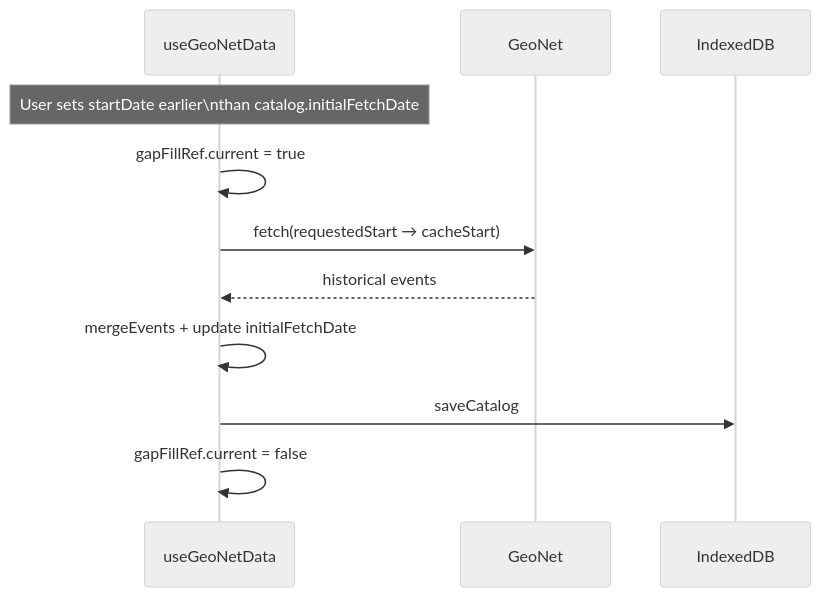
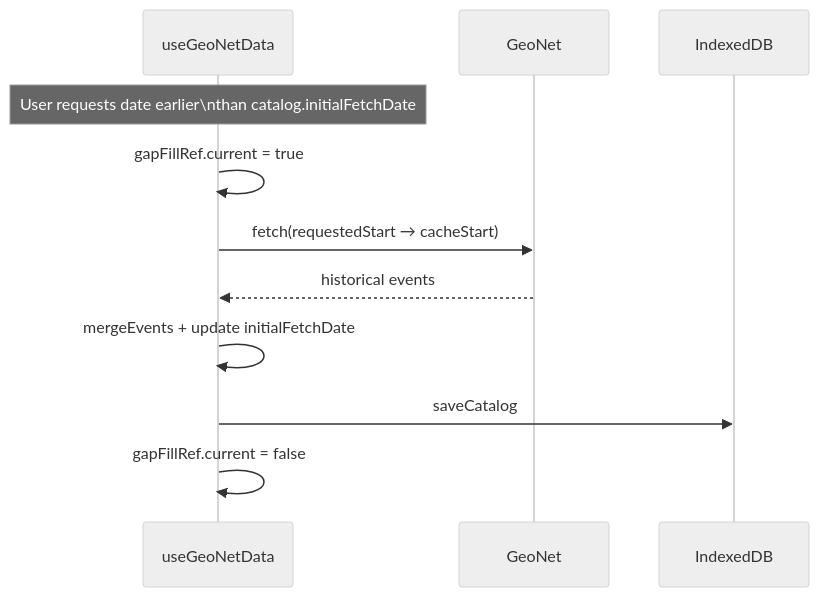
One commit to KennyGraham1/ESNZ-ForecastApp changed the third of 5 diagrams in docs/data-flow.md. Above: the diagram before and after it, drawn with Mermaid (neutral theme). The commit also changed other lines of this file and 8 other files, not shown here.

````diff
--- a/docs/data-flow.md
+++ b/docs/data-flow.md
@@ -112,14 +142,14 @@
 ```mermaid
 sequenceDiagram
     participant useGeoNetData
     participant GeoNet
     participant IndexedDB
 
-    Note over useGeoNetData: User sets startDate earlier\nthan catalog.initialFetchDate
+    Note over useGeoNetData: User requests date earlier\nthan catalog.initialFetchDate
     useGeoNetData->>useGeoNetData: gapFillRef.current = true
     useGeoNetData->>GeoNet: fetch(requestedStart → cacheStart)
     GeoNet-->>useGeoNetData: historical events
     useGeoNetData->>useGeoNetData: mergeEvents + update initialFetchDate
     useGeoNetData->>IndexedDB: saveCatalog
     useGeoNetData->>useGeoNetData: gapFillRef.current = false
 ```
````
